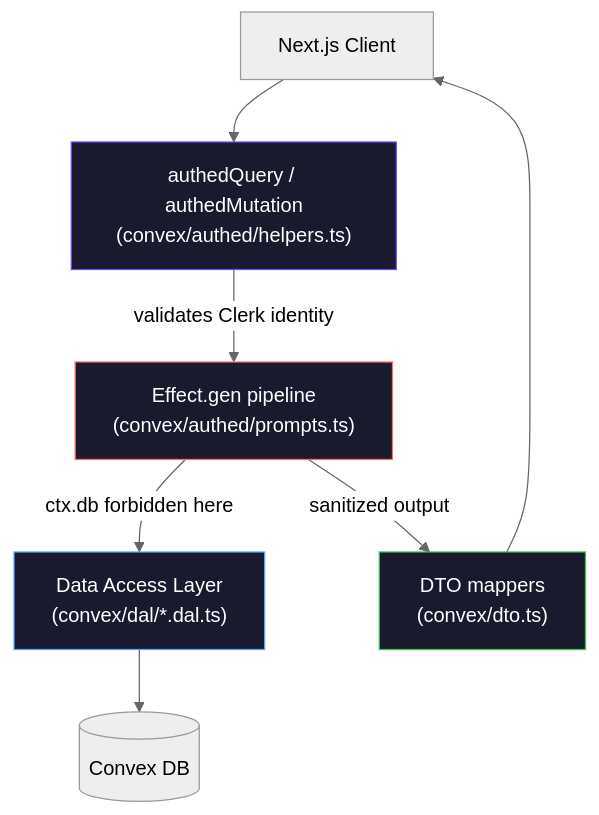
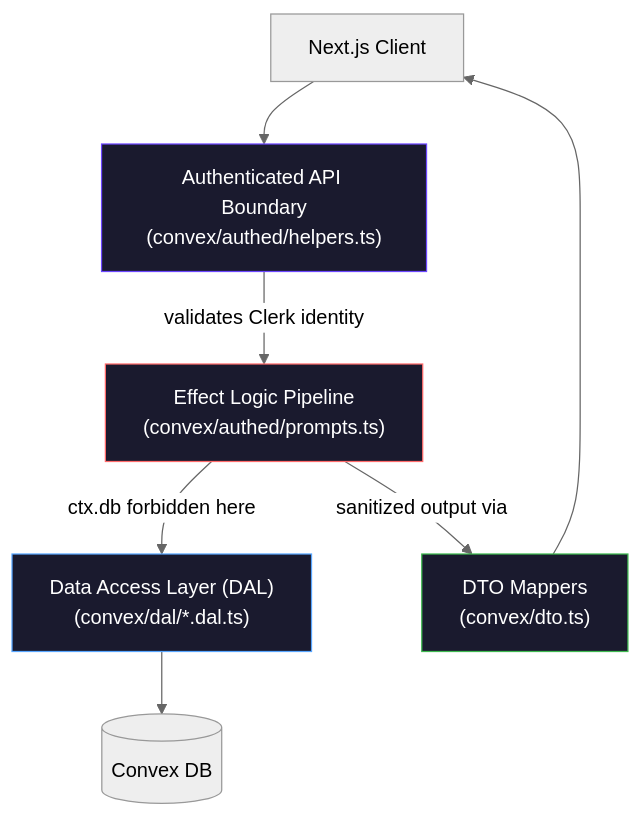
The diagram in README.md (itsyasirkhandev/promptamist-rebuild), drawn with Mermaid (neutral theme) before and after one commit. The commit also changed other lines of this file and 2 other files, not shown here.

````diff
--- a/README.md
+++ b/README.md
@@ -29,14 +32,14 @@
 ```mermaid
 flowchart TD
-    Client["Next.js Client"] --> API["authedQuery / authedMutation\n(convex/authed/helpers.ts)"]
-    API -->|"validates Clerk identity"| Logic["Effect.gen pipeline\n(convex/authed/prompts.ts)"]
-    Logic -->|"ctx.db forbidden here"| DAL["Data Access Layer\n(convex/dal/*.dal.ts)"]
+    Client["Next.js Client"] --> API["Authenticated API Boundary\n(convex/authed/helpers.ts)"]
+    API -->|"validates Clerk identity"| Logic["Effect Logic Pipeline\n(convex/authed/prompts.ts)"]
+    Logic -->|"ctx.db forbidden here"| DAL["Data Access Layer (DAL)\n(convex/dal/*.dal.ts)"]
     DAL --> DB[(Convex DB)]
-    Logic -->|"sanitized output"| DTO["DTO mappers\n(convex/dto.ts)"]
+    Logic -->|"sanitized output via"| DTO["DTO Mappers\n(convex/dto.ts)"]
     DTO --> Client
 
     style API fill:#1a1a2e,stroke:#6C47FF,color:#fff
     style Logic fill:#1a1a2e,stroke:#ff6b6b,color:#fff
     style DAL fill:#1a1a2e,stroke:#58a6ff,color:#fff
     style DTO fill:#1a1a2e,stroke:#3fb950,color:#fff
 ```
````
